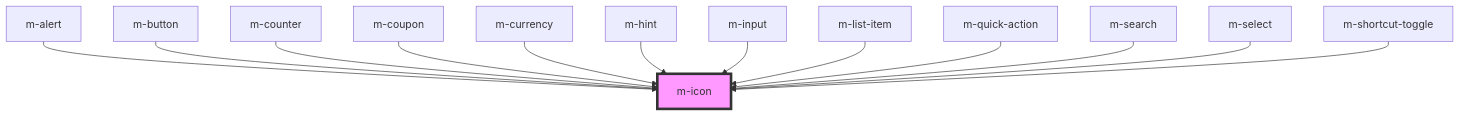
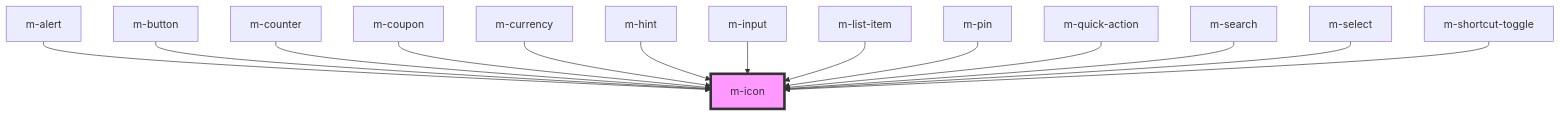
The diagram in libraries/modyo-design-system/src/components/m-icon/readme.md (dynamic-framework/dynamic-ui), drawn with Mermaid before and after one commit. The commit also changed other lines of this file and 11 other files, not shown here.

````diff
--- a/libraries/modyo-design-system/src/components/m-icon/readme.md
+++ b/libraries/modyo-design-system/src/components/m-icon/readme.md
@@ -41,16 +42,17 @@
 ```mermaid
 graph TD;
   m-alert --> m-icon
   m-button --> m-icon
   m-counter --> m-icon
   m-coupon --> m-icon
   m-currency --> m-icon
   m-hint --> m-icon
   m-input --> m-icon
   m-list-item --> m-icon
+  m-pin --> m-icon
   m-quick-action --> m-icon
   m-search --> m-icon
   m-select --> m-icon
   m-shortcut-toggle --> m-icon
   style m-icon fill:#f9f,stroke:#333,stroke-width:4px
 ```
````
